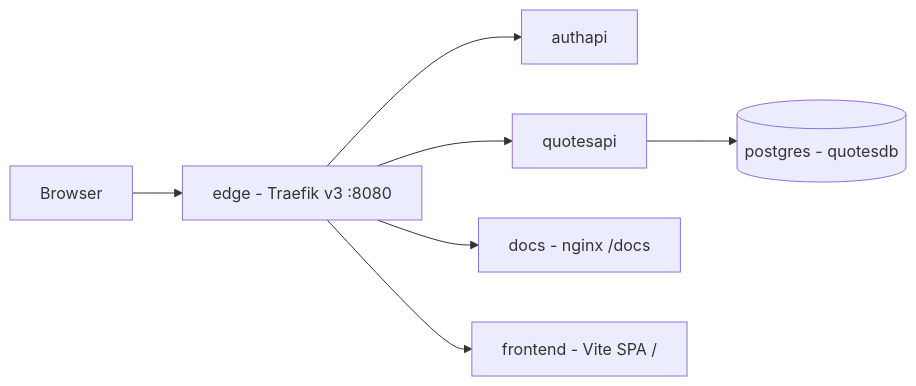
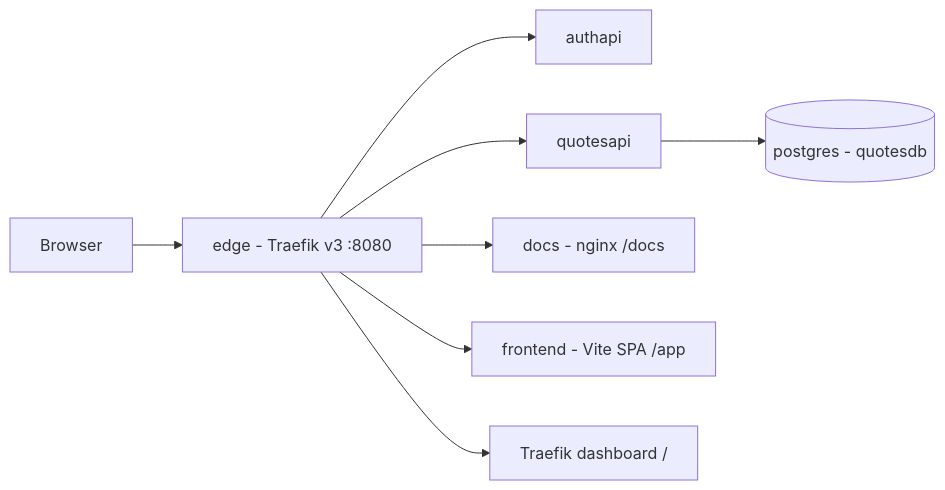
Before and after one commit to josnelihurt/code.examples.go.quotes: the first of 3 diagrams in docs/system-design.md, drawn with Mermaid. The commit also changed other lines of this file and 8 other files, not shown here.

Commit message:
feat: serve the traefik dashboard as the edge default route

````diff
--- a/docs/system-design.md
+++ b/docs/system-design.md
@@ -13,17 +13,19 @@
 ```mermaid
 flowchart LR
   user["Browser"]
   edge["edge - Traefik v3 :8080"]
   auth["authapi"]
   quotes["quotesapi"]
   pg[("postgres - quotesdb")]
   site["docs - nginx /docs"]
-  spa["frontend - Vite SPA /"]
+  spa["frontend - Vite SPA /app"]
+  dash["Traefik dashboard /"]
 
   user --> edge
   edge --> auth
   edge --> quotes
   edge --> site
   edge --> spa
+  edge --> dash
   quotes --> pg
 ```
````
